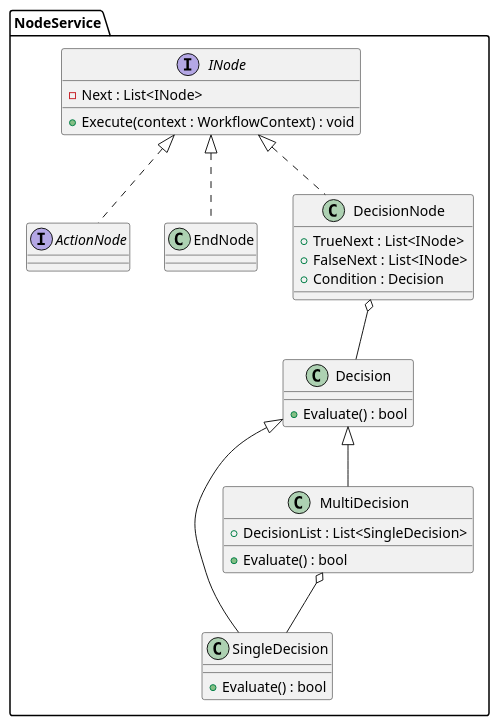
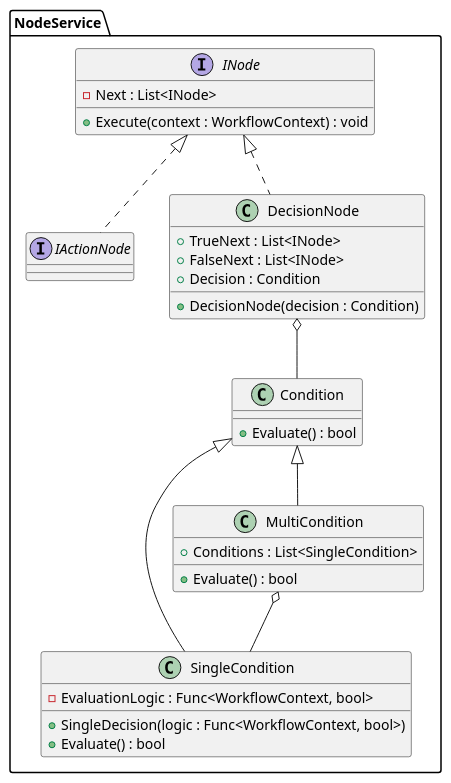
Before and after one commit to Addurezz/Streamline: the diagram in UML/NodeService.puml, drawn with PlantUML.

Commit message:
changes to UML

```diff
--- a/UML/NodeService.puml
+++ b/UML/NodeService.puml
@@ -1,40 +1,43 @@
 @startuml
 package NodeService {
     interface INode {
         -Next : List<INode>
         +Execute(context : WorkflowContext) : void
     }
-    interface ActionNode {
+       
+    interface IActionNode {
         
     }
-
-    class EndNode
+    
     class DecisionNode {
         +TrueNext : List<INode>
         +FalseNext : List<INode>
-        +Condition : Decision
+        +Decision : Condition
+        
+        +DecisionNode(decision : Condition)
     }
     
-    class SingleDecision {
-         + Evaluate() : bool
+    class SingleCondition {
+        - EvaluationLogic : Func<WorkflowContext, bool>
+        + SingleDecision(logic : Func<WorkflowContext, bool>)
+        + Evaluate() : bool
     }
     
-    class MultiDecision {
-        +DecisionList : List<SingleDecision>
+    class MultiCondition {
+        +Conditions : List<SingleCondition>
         +Evaluate() : bool
     }
     
-    class Decision {
+    class Condition {
         +Evaluate() : bool
     }
 
 }
 
-INode <|.. EndNode
-INode <|.. ActionNode
+INode <|.. IActionNode
 INode <|.. DecisionNode
-DecisionNode o-- Decision
-Decision <|-- SingleDecision 
-Decision <|-- MultiDecision
-MultiDecision o-- SingleDecision
+DecisionNode o-- Condition
+Condition <|-- SingleCondition 
+Condition <|-- MultiCondition
+MultiCondition o-- SingleCondition
 @enduml
```
